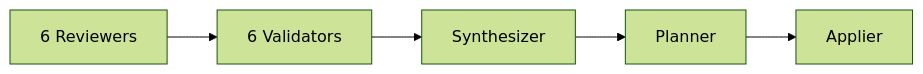
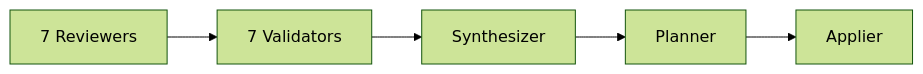
One commit to mechanai/deepreview changed the first of 2 diagrams in README.md. Above: the diagram before and after it, drawn with Mermaid (forest theme). The commit also changed other lines of this file and 3 other files, not shown here.

````diff
--- a/README.md
+++ b/README.md
@@ -60,7 +67,7 @@
 ```mermaid
 graph LR
-    A[6 Reviewers] --> B[6 Validators]
+    A[7 Reviewers] --> B[7 Validators]
     B --> C[Synthesizer]
     C --> D[Planner]
     D --> E[Applier]
 ```
````
